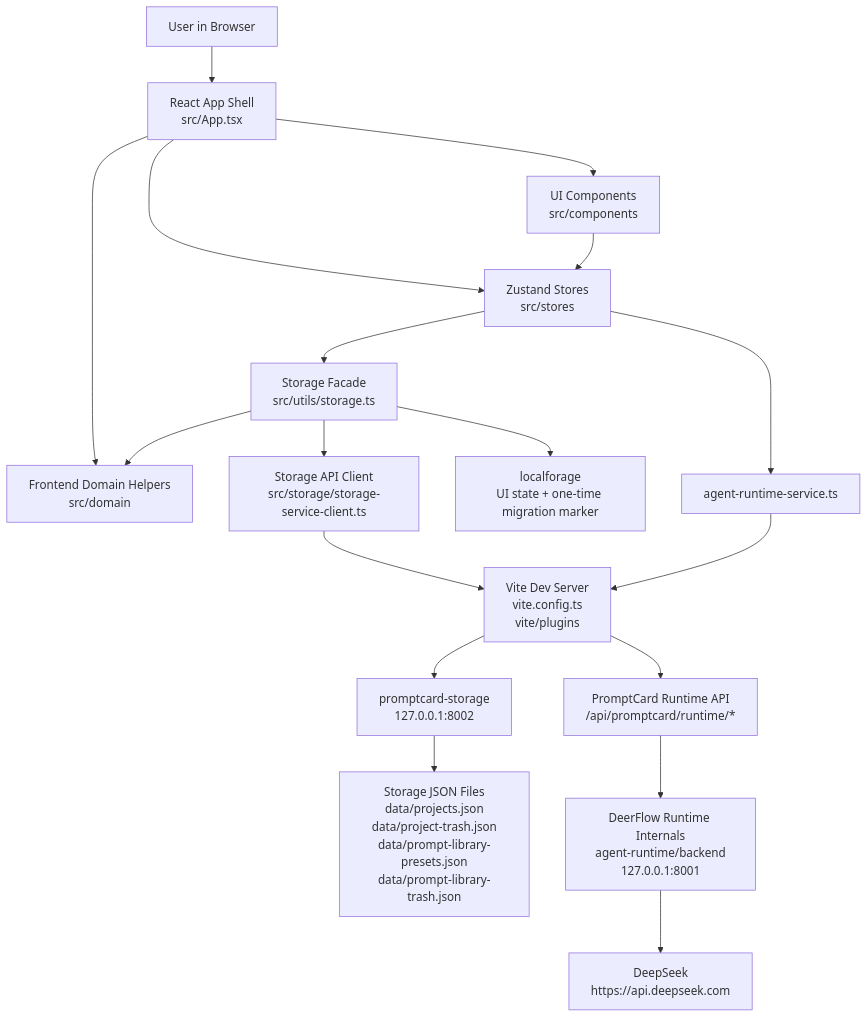
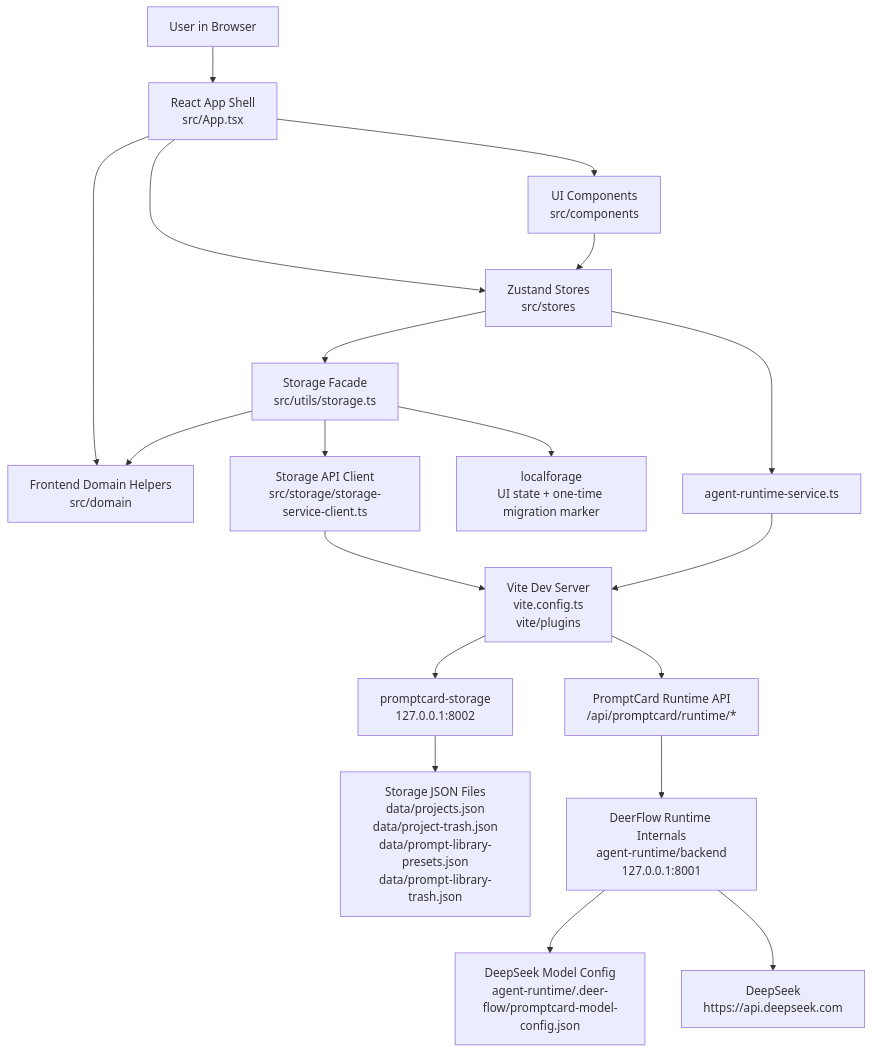
Before and after one commit to Aoye-3/PromptCard-Agent: the diagram in docs/architecture/system-architecture.md, drawn with Mermaid. The commit also changed other lines of this file and 24 other files, not shown here.

Commit message:
Update agent runtime and product roadmap

````diff
--- a/docs/architecture/system-architecture.md
+++ b/docs/architecture/system-architecture.md
@@ -11,35 +11,37 @@
 ```mermaid
 flowchart TD
   User["User in Browser"]
   App["React App Shell<br/>src/App.tsx"]
   Components["UI Components<br/>src/components"]
   Domain["Frontend Domain Helpers<br/>src/domain"]
   Stores["Zustand Stores<br/>src/stores"]
   Storage["Storage Facade<br/>src/utils/storage.ts"]
   StorageClient["Storage API Client<br/>src/storage/storage-service-client.ts"]
   BrowserDB["localforage<br/>UI state + one-time migration marker"]
   StorageService["promptcard-storage<br/>127.0.0.1:8002"]
   Vite["Vite Dev Server<br/>vite.config.ts<br/>vite/plugins"]
   Files["Storage JSON Files<br/>data/projects.json<br/>data/project-trash.json<br/>data/prompt-library-presets.json<br/>data/prompt-library-trash.json"]
   RuntimeBoundary["PromptCard Runtime API<br/>/api/promptcard/runtime/*"]
   Runtime["DeerFlow Runtime Internals<br/>agent-runtime/backend<br/>127.0.0.1:8001"]
+  DeepSeekConfig["DeepSeek Model Config<br/>agent-runtime/.deer-flow/promptcard-model-config.json"]
   DeepSeek["DeepSeek<br/>https://api.deepseek.com"]
 
   User --> App
   App --> Components
   App --> Domain
   App --> Stores
   Stores --> Storage
   Storage --> Domain
   Storage --> StorageClient
   Storage --> BrowserDB
   StorageClient --> Vite
   Vite --> StorageService
   StorageService --> Files
   Components --> Stores
   Stores --> RuntimeService["agent-runtime-service.ts"]
   RuntimeService --> Vite
   Vite --> RuntimeBoundary
   RuntimeBoundary --> Runtime
+  Runtime --> DeepSeekConfig
   Runtime --> DeepSeek
 ```
````
